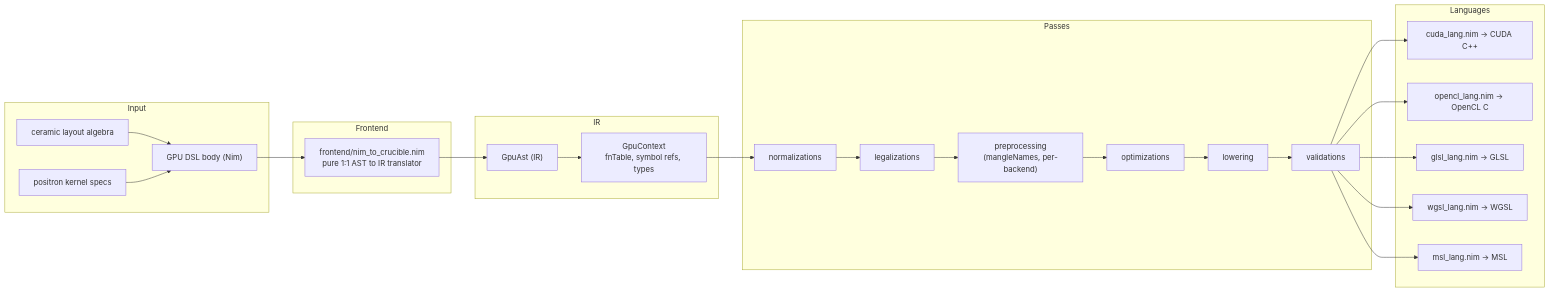
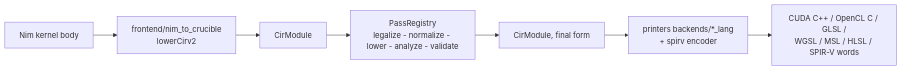
The diagram in workspace/crucible/ARCHITECTURE.md (mratsim/tattletale), drawn with Mermaid before and after one commit. The commit also changed other lines of this file, not shown here.

Commit message:
C15D17: rewrite crucible ARCHITECTURE.md over the CIRv2 pipeline

````diff
--- a/workspace/crucible/ARCHITECTURE.md
+++ b/workspace/crucible/ARCHITECTURE.md
@@ -52,42 +84,9 @@
 ```mermaid
 flowchart LR
-    subgraph Input
-        DSL["GPU DSL body (Nim)"]
-        CER["ceramic layout algebra"]
-        POS["positron kernel specs"]
-    end
-
-    subgraph Frontend
-        F["frontend/nim_to_crucible.nim<br/>pure 1:1 AST to IR translator"]
-    end
-
-    subgraph IR
-        AST["GpuAst (IR)"]
-        CTX["GpuContext<br/>fnTable, symbol refs, types"]
-    end
-
-    subgraph Passes
-        N["normalizations"]
-        LEG["legalizations"]
-        PRE["preprocessing<br/>(mangleNames, per-backend)"]
-        OPT["optimizations"]
-        LOW["lowering"]
-        V["validations"]
-    end
-
-    subgraph Languages
-        B1["cuda_lang.nim -> CUDA C++"]
-        B2["opencl_lang.nim -> OpenCL C"]
-        B3["glsl_lang.nim -> GLSL"]
-        B4["wgsl_lang.nim -> WGSL"]
-        B5["msl_lang.nim -> MSL"]
-    end
-
-    DSL --> F
-    CER --> DSL
-    POS --> DSL
-    F --> AST
-    AST --> CTX
-    CTX --> N --> LEG --> PRE --> OPT --> LOW --> V
-    V --> B1 & B2 & B3 & B4 & B5
+    B["Nim kernel body"] --> F["frontend/nim_to_crucible<br/>lowerCirv2"]
+    F --> M["CirModule"]
+    M --> P["PassRegistry<br/>legalize - normalize - lower - analyze - validate"]
+    P --> M2["CirModule, final form"]
+    M2 --> PR["printers backends/*_lang<br/>+ spirv encoder"]
+    PR --> S["CUDA C++ / OpenCL C / GLSL /<br/>WGSL / MSL / HLSL / SPIR-V words"]
 ```
````
